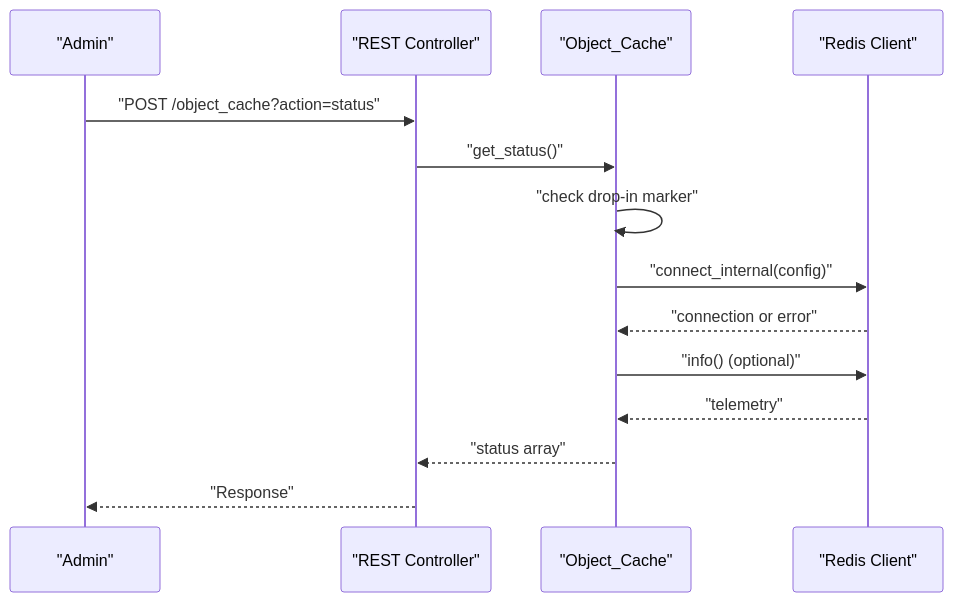
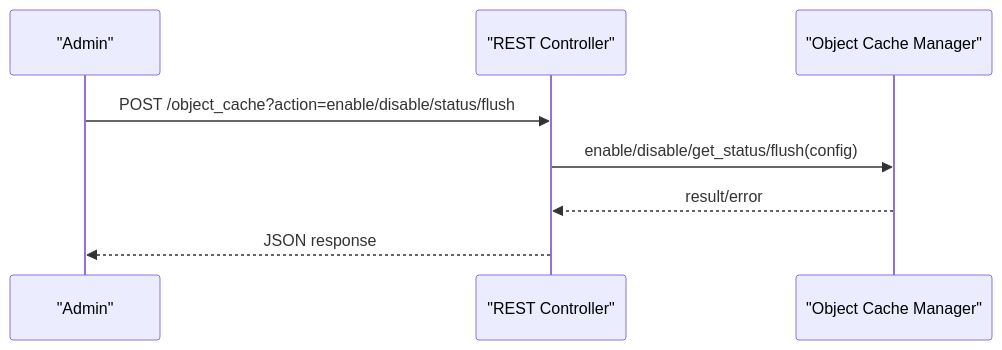
Before and after one commit to nilesh32236/performance-optimisation: the fifth of 10 diagrams in .qoder/repowiki/en/content/Troubleshooting & Support.md, drawn with Mermaid. The commit also changed other lines of this file and 46 other files, not shown here.

````diff
--- a/.qoder/repowiki/en/content/Troubleshooting & Support.md
+++ b/.qoder/repowiki/en/content/Troubleshooting & Support.md
@@ -238,16 +215,10 @@
 ```mermaid
 sequenceDiagram
 participant Admin as "Admin"
 participant REST as "REST Controller"
-participant OC as "Object_Cache"
-participant Redis as "Redis Client"
-Admin->>REST : "POST /object_cache?action=status"
-REST->>OC : "get_status()"
-OC->>OC : "check drop-in marker"
-OC->>Redis : "connect_internal(config)"
-Redis-->>OC : "connection or error"
-OC->>Redis : "info() (optional)"
-Redis-->>OC : "telemetry"
-OC-->>REST : "status array"
-REST-->>Admin : "Response"
+participant OC as "Object Cache Manager"
+Admin->>REST : POST /object_cache?action=enable/disable/status/flush
+REST->>OC : enable/disable/get_status/flush(config)
+OC-->>REST : result/error
+REST-->>Admin : JSON response
 ```
````
